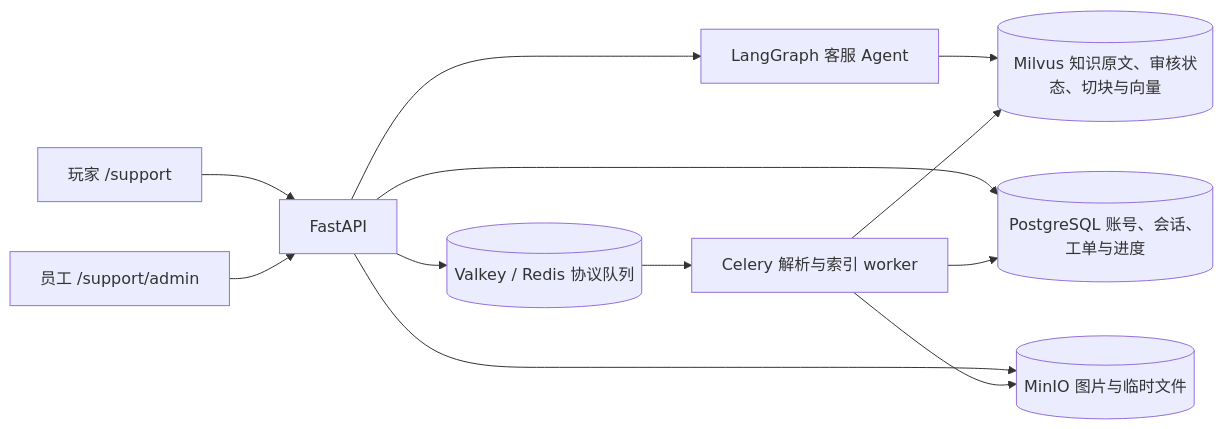
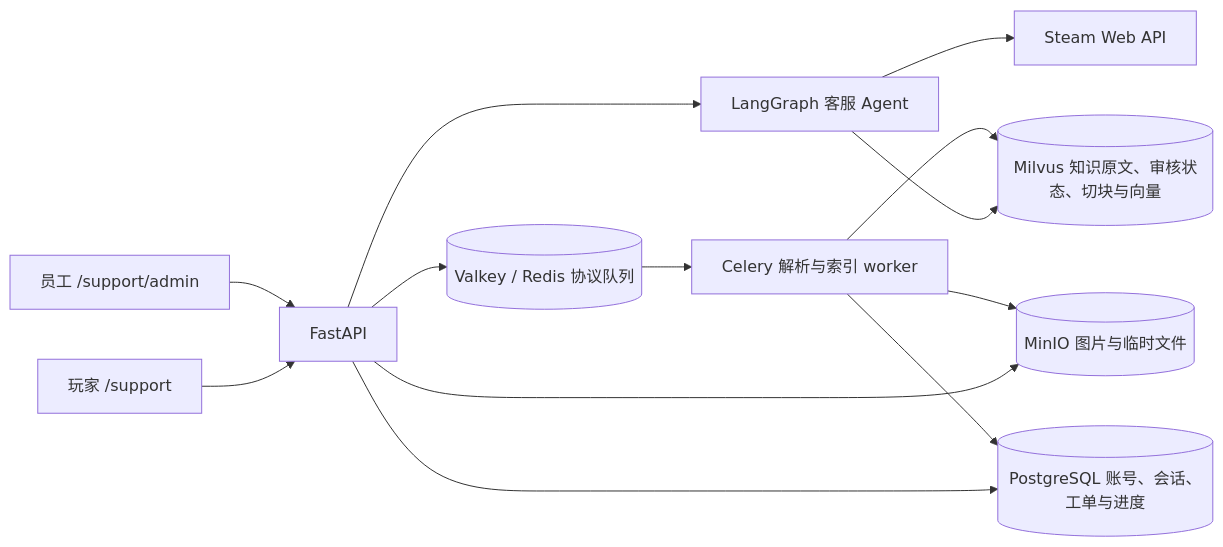
One commit to ck-711/Support-Agent changed the diagram in README.md. Above: the diagram before and after it, drawn with Mermaid. The commit also changed other lines of this file and 17 other files, not shown here.

````diff
--- a/README.md
+++ b/README.md
@@ -25,14 +26,15 @@
 ```mermaid
 flowchart LR
     玩家[玩家 /support] --> API[FastAPI]
     员工[员工 /support/admin] --> API
     API --> Agent[LangGraph 客服 Agent]
     Agent --> Milvus[(Milvus 知识原文、审核状态、切块与向量)]
+    Agent --> Steam[Steam Web API]
     API --> PG[(PostgreSQL 账号、会话、工单与进度)]
     API --> MinIO[(MinIO 图片与临时文件)]
     API --> Redis[(Valkey / Redis 协议队列)]
     Redis --> Celery[Celery 解析与索引 worker]
     Celery --> MinIO
     Celery --> Milvus
     Celery --> PG
 ```
````
